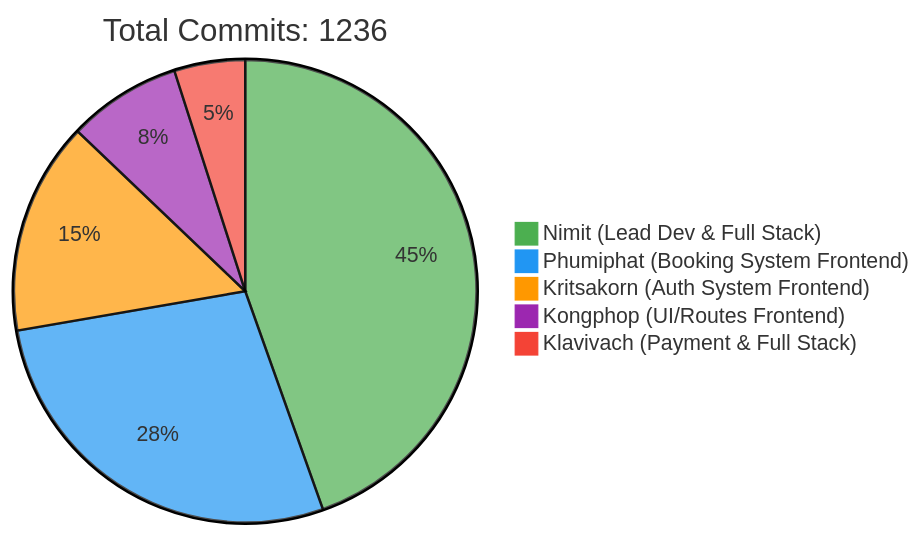
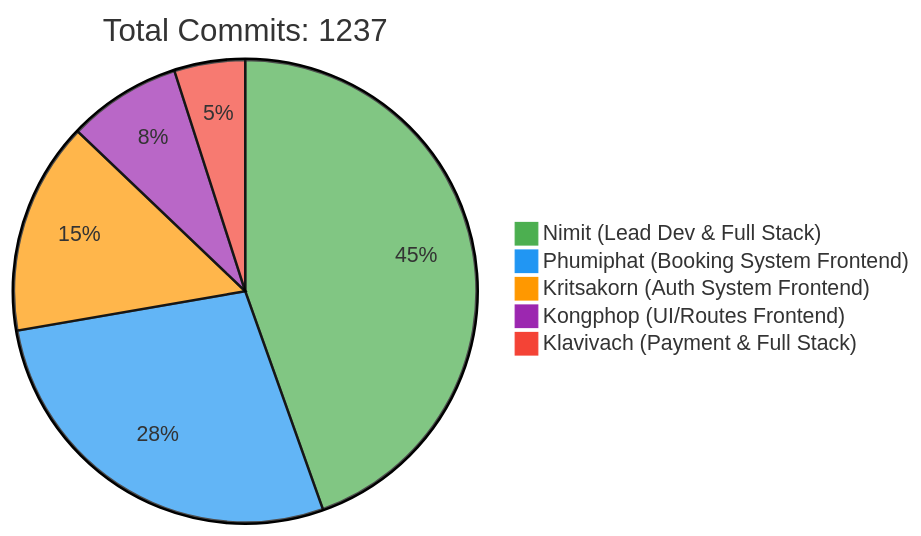
Before and after one commit to 6531503042/Sport-Complex: the first of 2 diagrams in README.md, drawn with Mermaid. The commit also changed other lines of this file, not shown here.

Commit message:
docs: Update contributor statistics [skip ci]

````diff
--- a/README.md
+++ b/README.md
@@ -257,10 +257,10 @@
 ```mermaid
 %%{init: {'theme': 'base', 'themeVariables': { 'pie1': '#4CAF50', 'pie2': '#2196F3', 'pie3': '#FF9800', 'pie4': '#9C27B0', 'pie5': '#F44336'}}}%%
 pie
-    title Total Commits: 1236
+    title Total Commits: 1237
     "Nimit (Lead Dev & Full Stack)" : 450
     "Phumiphat (Booking System Frontend)" : 280
     "Kritsakorn (Auth System Frontend)" : 150
     "Kongphop (UI/Routes Frontend)" : 80
     "Klavivach (Payment & Full Stack)" : 50
 ```
````
